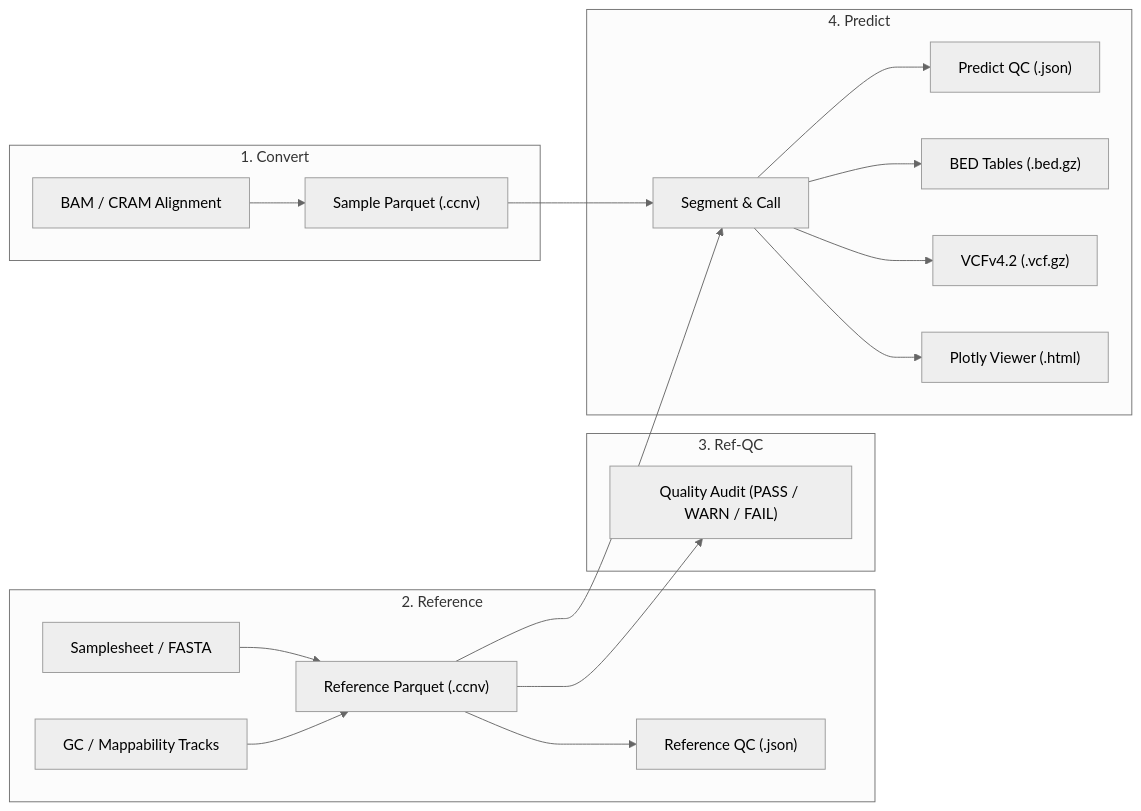
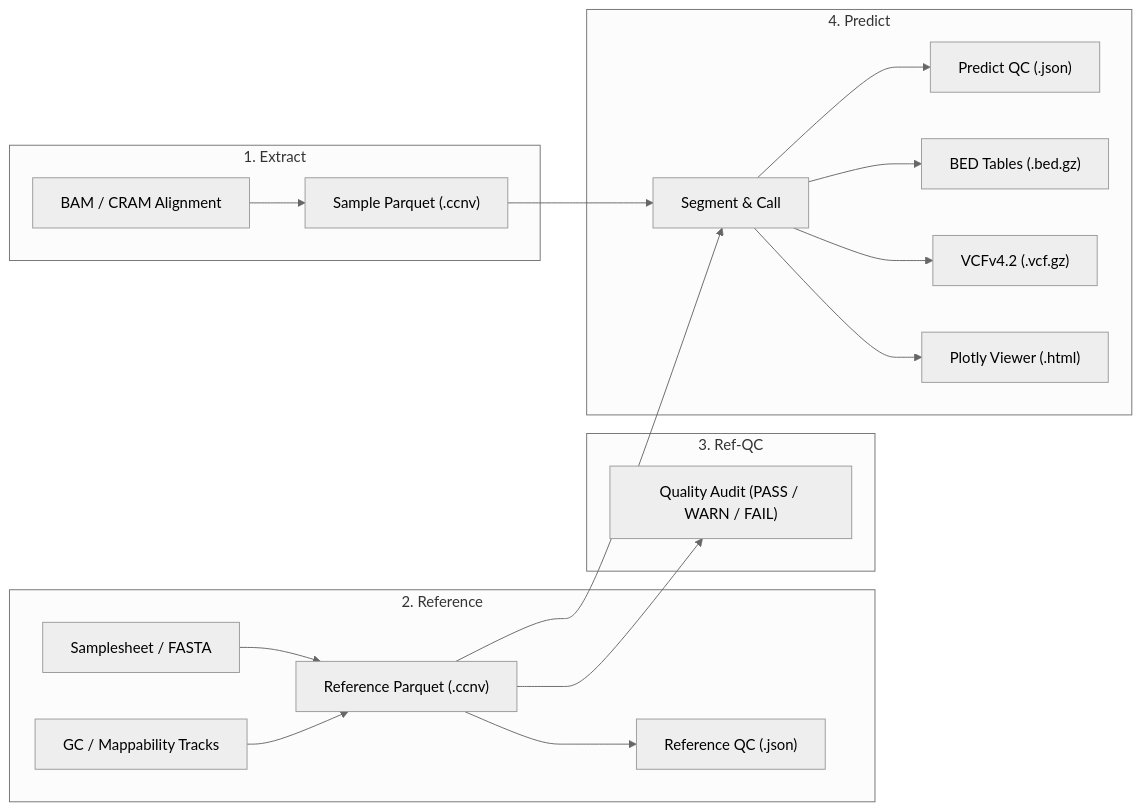
One commit to matthdsm/ccnv changed the diagram in README.md. Above: the diagram before and after it, drawn with Mermaid (neutral theme). The commit also changed other lines of this file and 27 other files, not shown here.

````diff
--- a/README.md
+++ b/README.md
@@ -14,22 +14,22 @@
 ```mermaid
 flowchart LR
-    subgraph S1["1. Convert"]
+    subgraph S1["1. Extract"]
         BAM["BAM / CRAM Alignment"] --> C["Sample Parquet (.ccnv)"]
     end
     subgraph S2["2. Reference"]
         SS["Samplesheet / FASTA"] --> REF["Reference Parquet (.ccnv)"]
         GC["GC / Mappability Tracks"] --> REF
         REF --> QC["Reference QC (.json)"]
     end
     subgraph S3["3. Ref-QC"]
         REF --> AUDIT["Quality Audit (PASS / WARN / FAIL)"]
     end
     subgraph S4["4. Predict"]
         C --> P["Segment & Call"]
         REF --> P
         P --> PQC["Predict QC (.json)"]
         P --> BED["BED Tables (.bed.gz)"]
         P --> VCF["VCFv4.2 (.vcf.gz)"]
         P --> HTML["Plotly Viewer (.html)"]
     end
 ```
````
